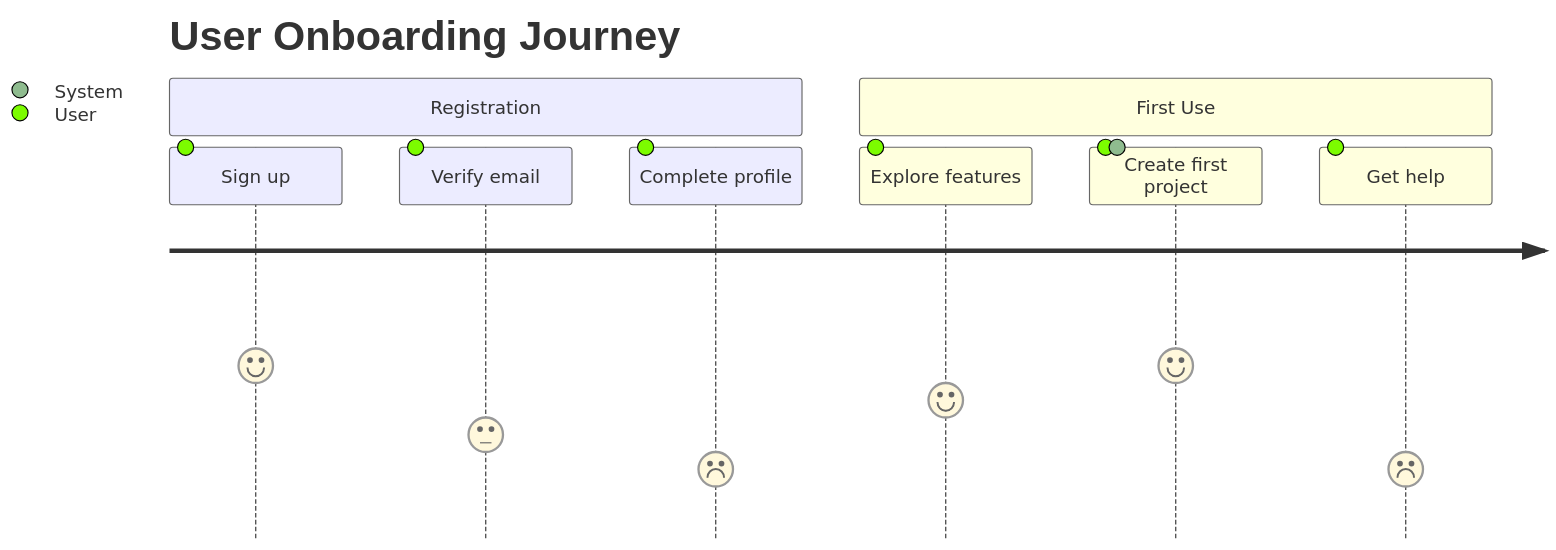
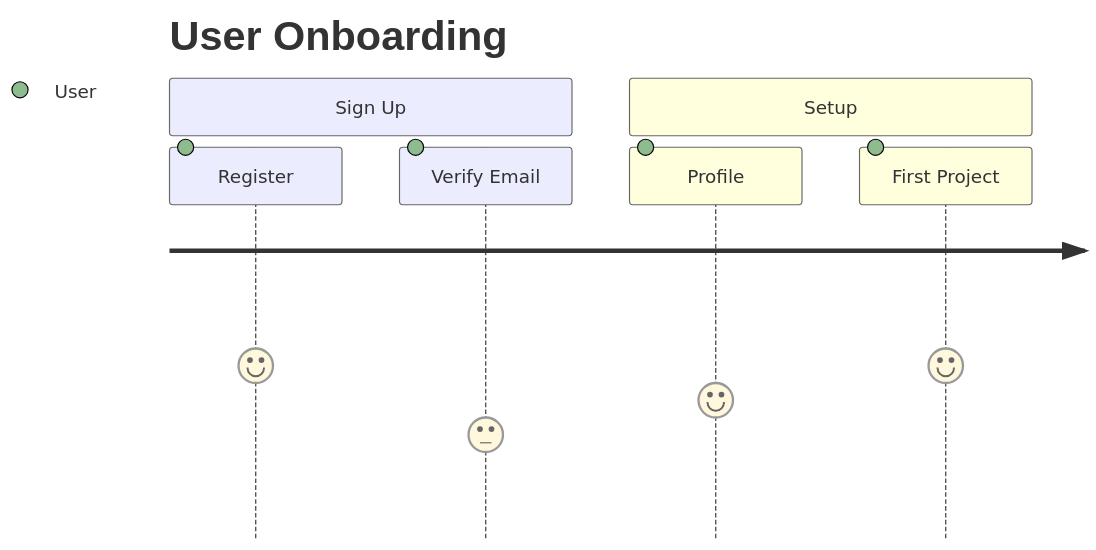
One commit to m16khb/liar-game changed the tenth of 12 diagrams in .claude/skills/moai-mermaid-diagram-expert/SKILL.md. Above: the diagram before and after it, drawn with Mermaid. The commit also changed other lines of this file and 129 other files, not shown here.

````diff
--- a/.claude/skills/moai-mermaid-diagram-expert/SKILL.md
+++ b/.claude/skills/moai-mermaid-diagram-expert/SKILL.md
@@ -88,12 +222,10 @@
 ```mermaid
 journey
-    title User Onboarding Journey
-    section Registration
-      Sign up: 5: User
-      Verify email: 3: User
-      Complete profile: 2: User
-    section First Use
-      Explore features: 4: User
-      Create first project: 5: User, System
-      Get help: 2: User
+    title User Onboarding
+    section Sign Up
+      Register: 5: User
+      Verify Email: 3: User
+    section Setup
+      Profile: 4: User
+      First Project: 5: User
 ```
````
